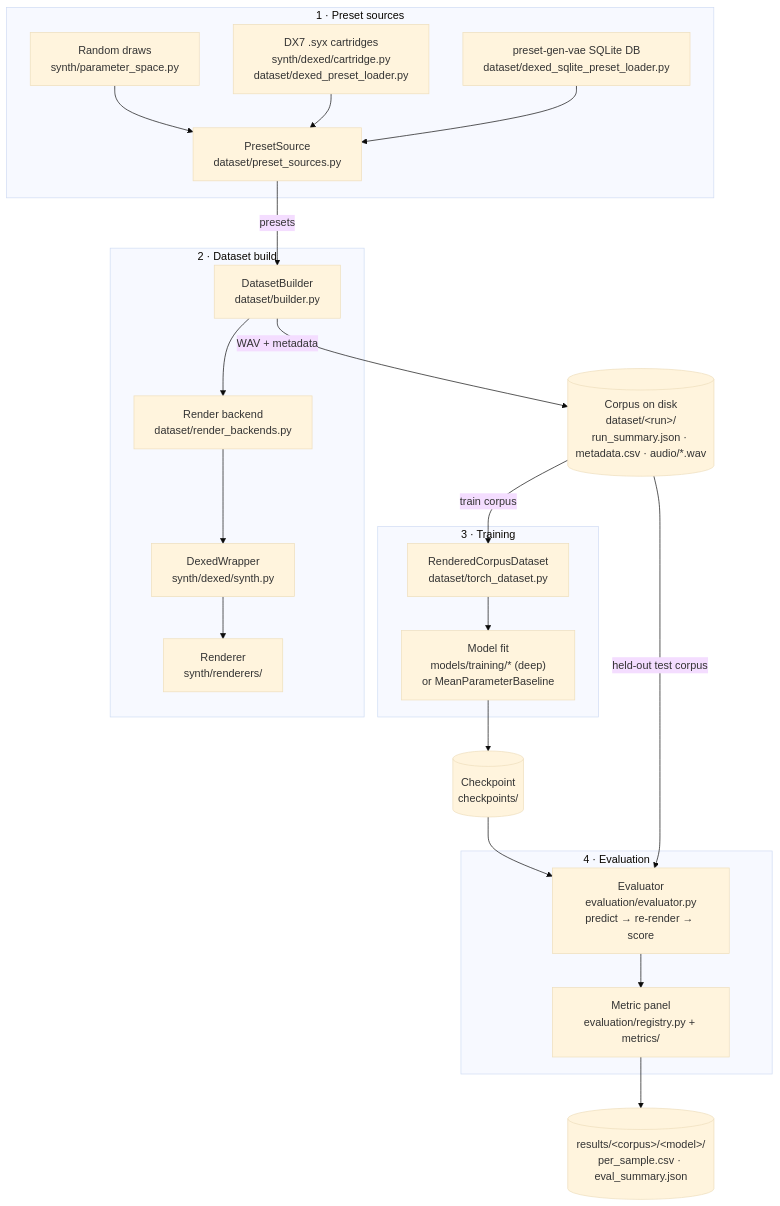
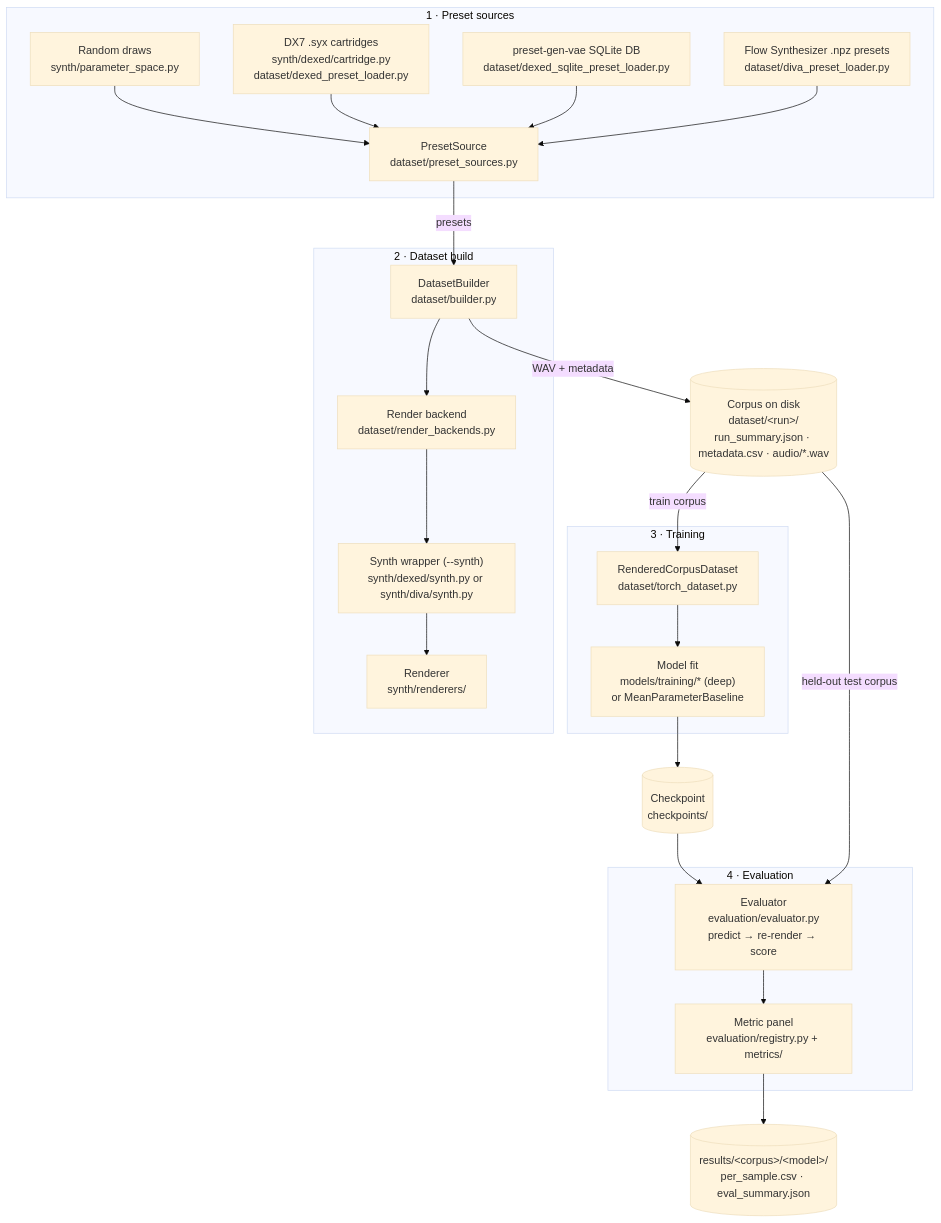
One commit to brunogawecki/Sound-Matching-Evaluation-Framework changed the diagram in docs/ARCHITECTURE.md. Above: the diagram before and after it, drawn with Mermaid (base theme). The commit also changed other lines of this file and 1 other file, not shown here.

````diff
--- a/docs/ARCHITECTURE.md
+++ b/docs/ARCHITECTURE.md
@@ -13,46 +14,48 @@
 ```mermaid
 flowchart TD
     subgraph SOURCES["1 · Preset sources"]
         RAND["Random draws<br>synth/parameter_space.py"]
         SYX["DX7 .syx cartridges<br>synth/dexed/cartridge.py<br>dataset/dexed_preset_loader.py"]
         SQL["preset-gen-vae SQLite DB<br>dataset/dexed_sqlite_preset_loader.py"]
+        DIVANPZ["Flow Synthesizer .npz presets<br>dataset/diva_preset_loader.py"]
         SRC["PresetSource<br>dataset/preset_sources.py"]
         RAND --> SRC
         SYX --> SRC
         SQL --> SRC
+        DIVANPZ --> SRC
     end
 
     subgraph BUILD["2 · Dataset build"]
         BUILDER["DatasetBuilder<br>dataset/builder.py"]
         BACKEND["Render backend<br>dataset/render_backends.py"]
-        WRAPPER["DexedWrapper<br>synth/dexed/synth.py"]
+        WRAPPER["Synth wrapper (--synth)<br>synth/dexed/synth.py or synth/diva/synth.py"]
         ENGINE["Renderer<br>synth/renderers/"]
         BUILDER --> BACKEND --> WRAPPER --> ENGINE
     end
 
     SRC -- "presets" --> BUILDER
 
     CORPUS[("Corpus on disk<br>dataset/&lt;run&gt;/<br>run_summary.json · metadata.csv · audio/*.wav")]
     BUILDER -- "WAV + metadata" --> CORPUS
 
     subgraph TRAIN["3 · Training"]
         DS["RenderedCorpusDataset<br>dataset/torch_dataset.py"]
         FIT["Model fit<br>models/training/* (deep)<br>or MeanParameterBaseline"]
         DS --> FIT
     end
 
     CORPUS -- "train corpus" --> DS
     CKPT[("Checkpoint<br>checkpoints/")]
     FIT --> CKPT
 
     subgraph EVAL["4 · Evaluation"]
         EVALUATOR["Evaluator<br>evaluation/evaluator.py<br>predict → re-render → score"]
         PANEL["Metric panel<br>evaluation/registry.py + metrics/"]
         EVALUATOR --> PANEL
     end
 
     CKPT --> EVALUATOR
     CORPUS -- "held-out test corpus" --> EVALUATOR
     RESULTS[("results/&lt;corpus&gt;/&lt;model&gt;/<br>per_sample.csv · eval_summary.json")]
     PANEL --> RESULTS
 ```
````
